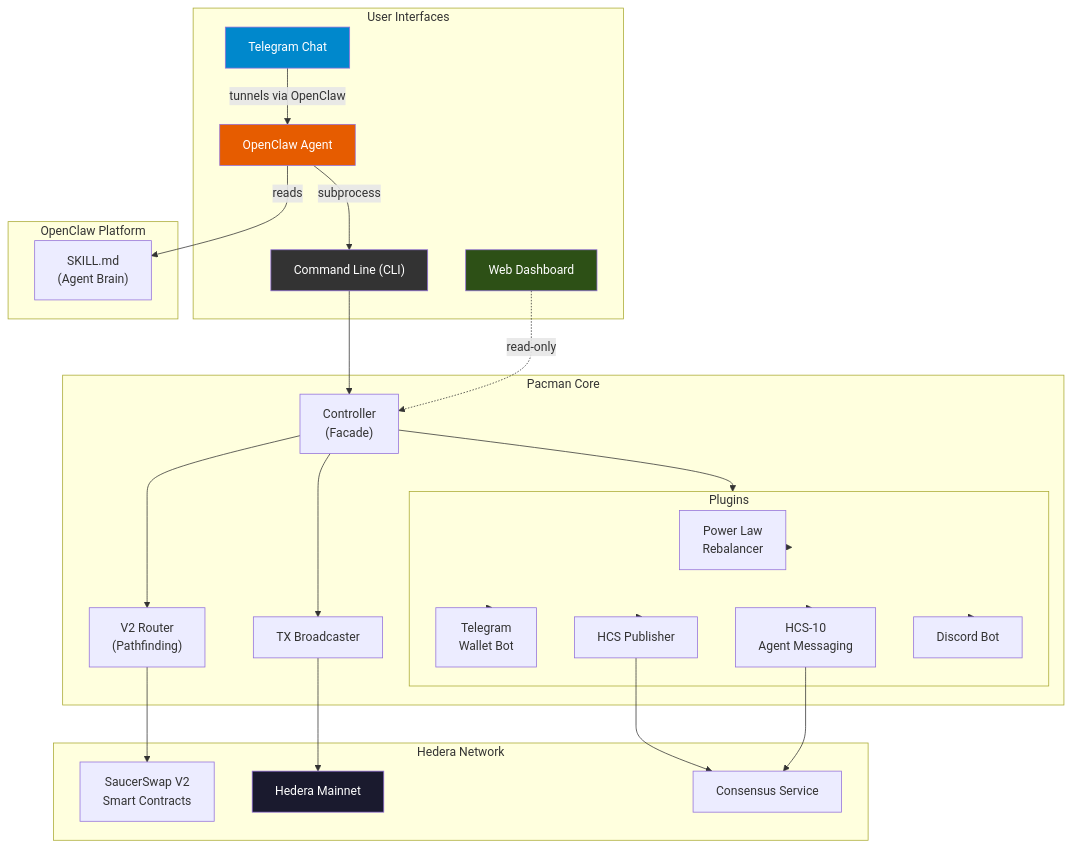
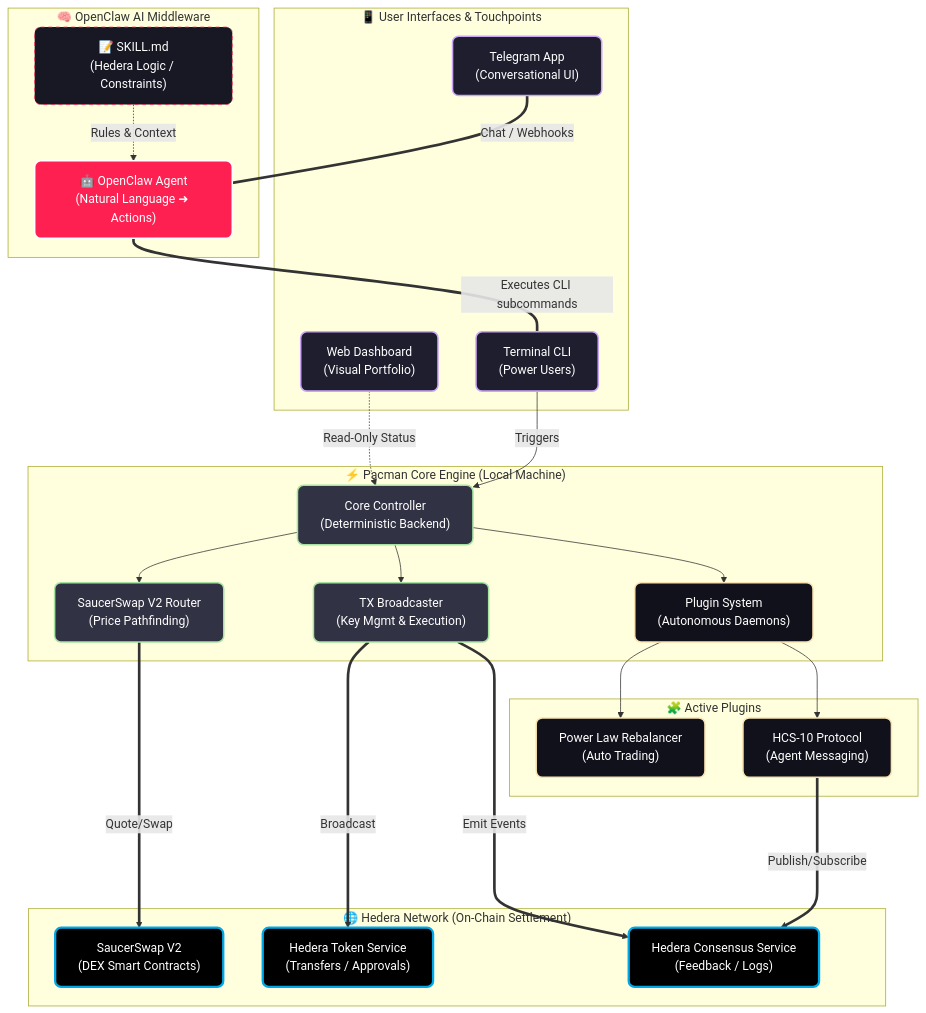
Before and after one commit to Chris0x88/spacelord: the diagram in README.md, drawn with Mermaid.

Commit message:
Update architecture Mermaid diagram in README.md

````diff
--- a/README.md
+++ b/README.md
@@ -56,45 +56,61 @@
 ```mermaid
 graph TD
-    subgraph User Interfaces
-        TG["Telegram Chat"]
-        CLI["Command Line (CLI)"]
-        DASH["Web Dashboard"]
-        OC["OpenClaw Agent"]
+    %% Styling %%
+    classDef interface fill:#1e1e2e,stroke:#cba6f7,stroke-width:2px,color:#fff,rx:8,ry:8
+    classDef ai fill:#ff2052,stroke:#fff,stroke-width:2px,color:#fff,rx:8,ry:8
+    classDef brain fill:#181825,stroke:#ff2052,stroke-dasharray: 5 5,color:#fff,rx:8,ry:8
+    classDef engine fill:#313244,stroke:#a6e3a1,stroke-width:2px,color:#fff,rx:8,ry:8
+    classDef hedera fill:#000000,stroke:#00a8e8,stroke-width:3px,color:#fff,rx:8,ry:8
+    classDef ext fill:#11111b,stroke:#f9e2af,stroke-width:2px,color:#fff,rx:8,ry:8
+    
+    %% Users & Interfaces %%
+    subgraph UI ["📱 User Interfaces & Touchpoints"]
+        Telegram["Telegram App<br/>(Conversational UI)"]:::interface
+        Dashboard["Web Dashboard<br/>(Visual Portfolio)"]:::interface
+        HumanCLI["Terminal CLI<br/>(Power Users)"]:::interface
     end
 
-    subgraph OpenClaw Platform
-        OC -->|reads| SKILL["SKILL.md<br/>(Agent Brain)"]
-        OC -->|subprocess| CLI
-        TG -->|tunnels via OpenClaw| OC
+    %% OpenClaw AI %%
+    subgraph Intelligence ["🧠 OpenClaw AI Middleware"]
+        Agent["🤖 OpenClaw Agent<br/>(Natural Language ➜ Actions)"]:::ai
+        Context["📝 SKILL.md<br/>(Hedera Logic / Constraints)"]:::brain
+        Context -.->|Rules & Context| Agent
+        Telegram ===|Chat / Webhooks| Agent
     end
 
-    subgraph Pacman Core
-        CLI --> Controller["Controller<br/>(Facade)"]
-        Controller --> Router["V2 Router<br/>(Pathfinding)"]
-        Controller --> Executor["TX Broadcaster"]
-        Controller --> Plugins["Plugin System"]
+    %% Core Application %%
+    subgraph Pacman ["⚡ Pacman Core Engine (Local Machine)"]
+        Controller["Core Controller<br/>(Deterministic Backend)"]:::engine
+        Router["SaucerSwap V2 Router<br/>(Price Pathfinding)"]:::engine
+        Exec["TX Broadcaster<br/>(Key Mgmt & Execution)"]:::engine
+        Plugins["Plugin System<br/>(Autonomous Daemons)"]:::ext
+        
+        Agent ===|Executes CLI subcommands| HumanCLI
+        HumanCLI -->|Triggers| Controller
+        Dashboard -.->|Read-Only Status| Controller
+        
+        Controller --> Router
+        Controller --> Exec
+        Controller --> Plugins
     end
 
-    subgraph Plugins
-        Plugins --> PL["Power Law<br/>Rebalancer"]
-        Plugins --> TGBOT["Telegram<br/>Wallet Bot"]
-        Plugins --> HCSP["HCS Publisher"]
-        Plugins --> HCS10["HCS-10<br/>Agent Messaging"]
-        Plugins --> DISC["Discord Bot"]
+    %% Plugins %%
+    subgraph Addons ["🧩 Active Plugins"]
+        PL["Power Law Rebalancer<br/>(Auto Trading)"]:::ext
+        HCS10["HCS-10 Protocol<br/>(Agent Messaging)"]:::ext
+        Plugins --> PL
+        Plugins --> HCS10
     end
 
-    subgraph Hedera Network
-        Router --> SS["SaucerSwap V2<br/>Smart Contracts"]
-        Executor --> HN["Hedera Mainnet"]
-        HCSP --> HCS["Consensus Service"]
-        HCS10 --> HCS
+    %% Hedera %%
+    subgraph Blockchain ["🌐 Hedera Network (On-Chain Settlement)"]
+        SSV2["SaucerSwap V2<br/>(DEX Smart Contracts)"]:::hedera
+        HCS["Hedera Consensus Service<br/>(Feedback / Logs)"]:::hedera
+        HTS["Hedera Token Service<br/>(Transfers / Approvals)"]:::hedera
+        
+        Router ===>|Quote/Swap| SSV2
+        Exec ===>|Broadcast| HTS
+        Exec ===>|Emit Events| HCS
+        HCS10 ===>|Publish/Subscribe| HCS
     end
-
-    DASH -.->|read-only| Controller
-
-    style TG fill:#0088cc,color:#fff
-    style CLI fill:#333,color:#fff
-    style DASH fill:#2d5016,color:#fff
-    style OC fill:#e65c00,color:#fff
-    style HN fill:#1a1a2e,color:#fff
 ```
````
